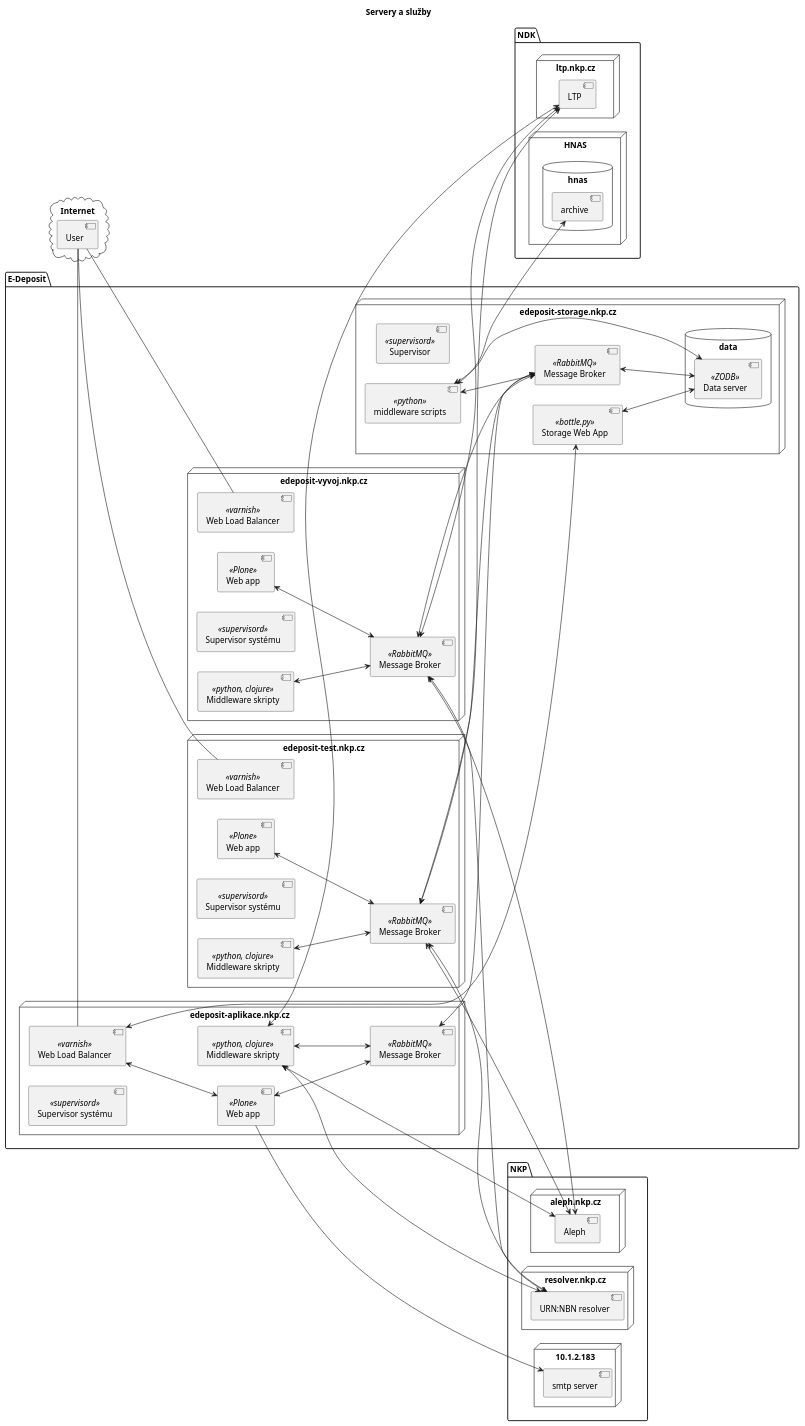
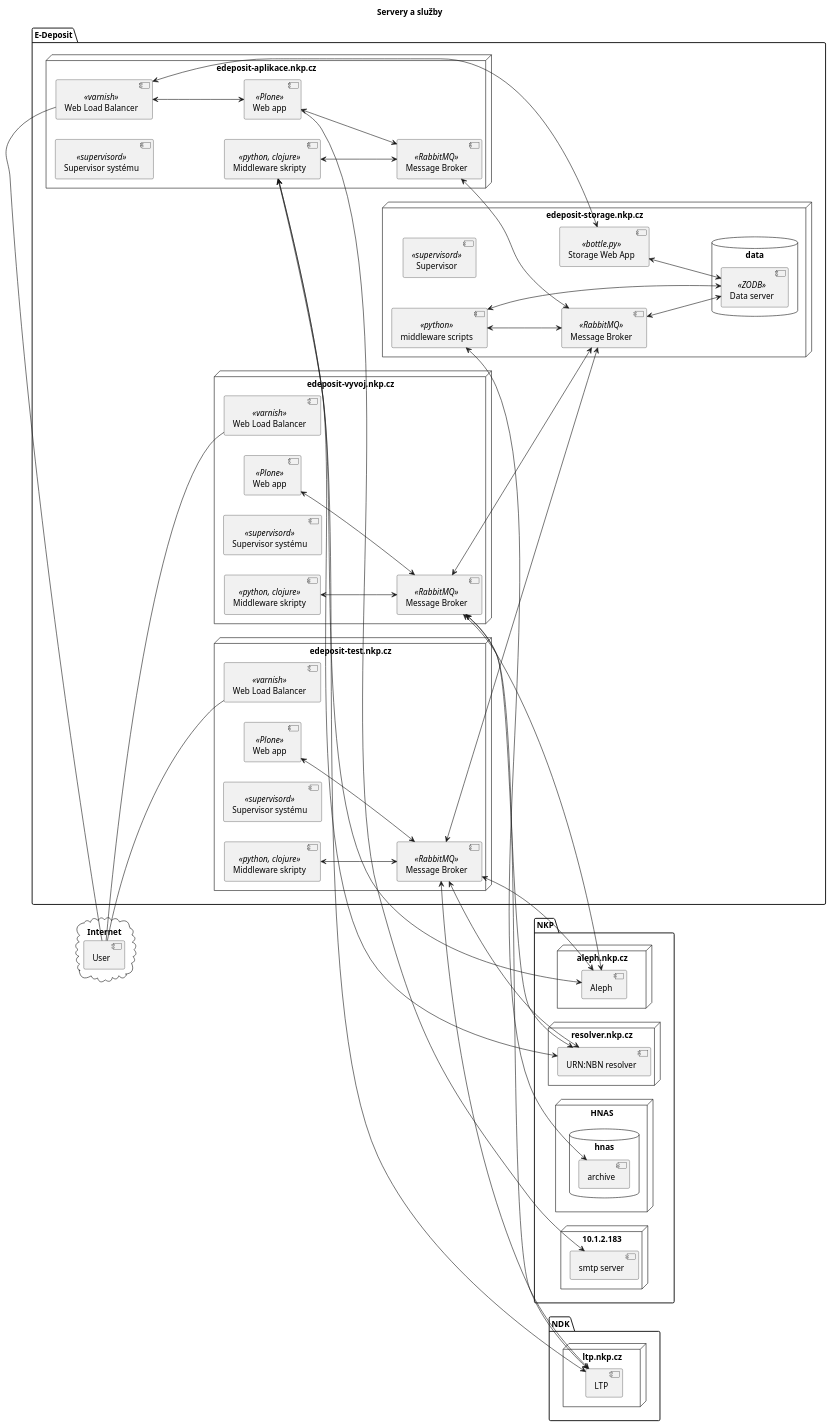
One commit to edeposit/edeposit changed the diagram in docs/servers.plantuml. Above: the diagram before and after it, drawn with PlantUML. The commit also changed other lines of this file and 1 other file, not shown here.

```diff
--- a/docs/servers.plantuml
+++ b/docs/servers.plantuml
@@ -1,108 +1,108 @@
 @startuml
 left to right direction
 title Servery a služby
 
 
 package "E-Deposit" {
 
     node edeposit-aplikace.nkp.cz {
     [Web Load Balancer] as Varnish <<varnish>>
     [Web app] <<Plone>>
     [Message Broker] <<RabbitMQ>>
     [Supervisor systému] <<supervisord>>
     [Middleware skripty] <<python, clojure>>
     [Web app] <---> [Message Broker]
     [Middleware skripty] <---> [Message Broker]
     Varnish <---> [Web app]
     }
 
 
     node edeposit-vyvoj.nkp.cz {
     [Web Load Balancer] as VyvojVarnish <<varnish>>
     [Web app] as VyvojWeb <<Plone>>
     [Message Broker] as VyvojMB <<RabbitMQ>>
     [Supervisor systému] as VyvojSupervisor <<supervisord>>
     [Middleware skripty] as VyvojMiddleware <<python, clojure>>
     VyvojWeb <---> VyvojMB
     VyvojMiddleware <---> VyvojMB
     }
 
     node edeposit-test.nkp.cz {
     [Web Load Balancer] as TestVarnish <<varnish>>
     [Web app] as TestWeb <<Plone>>
     [Message Broker] as TestMB <<RabbitMQ>>
     [Supervisor systému] as TestSupervisor <<supervisord>>
     [Middleware skripty] as TestMiddleware <<python, clojure>>
     TestWeb <---> TestMB
     TestMiddleware <---> TestMB
     }
 
     node edeposit-storage.nkp.cz {
        [Storage Web App] as StorageWeb <<bottle.py>>
        [Message Broker] as StorageMB <<RabbitMQ>>
        [Supervisor] as StorageSupervisor <<supervisord>>
        [middleware scripts] as StorageMiddleware <<python>>
        database data {
          [Data server] <<ZODB>>
        }
 
        StorageWeb <---> [Data server]
        StorageMB <---> [Data server]
        StorageMiddleware <---> StorageMB
        StorageMiddleware <---> [Data server]
     }
     [Message Broker] <---> StorageMB
     VyvojMB <---> StorageMB
     TestMB <---> StorageMB
     Varnish <---> StorageWeb
 }
 
 cloud "Internet" {
     [User]
 }
 
 [User] - Varnish
 [User] - TestVarnish
 [User] - VyvojVarnish
 
 package "NKP" {
 node 10.1.2.183 {
 [smtp server]
 [Web app] ---> [smtp server]
 }
 
 node aleph.nkp.cz {
 [Aleph]
 [Middleware skripty] <---> [Aleph]
 VyvojMB <---> [Aleph]
 TestMB <---> [Aleph]
 }
 
 node resolver.nkp.cz {
 [URN:NBN resolver]
 [Middleware skripty] <---> [URN:NBN resolver]
 VyvojMB <---> [URN:NBN resolver]
 TestMB <---> [URN:NBN resolver]
 }
 
+node HNAS {
+database hnas {
+   [archive]
+}
+}
 }
 
 package "NDK" {
 
 node ltp.nkp.cz{
 [LTP]
 [Middleware skripty] <---> [LTP]
 VyvojMB <---> [LTP]
 TestMB <---> [LTP]
 }
 
-node HNAS {
-database hnas {
-   [archive]
-}
-}
 }
 
 StorageMiddleware <---> archive
 
 @enduml
```
